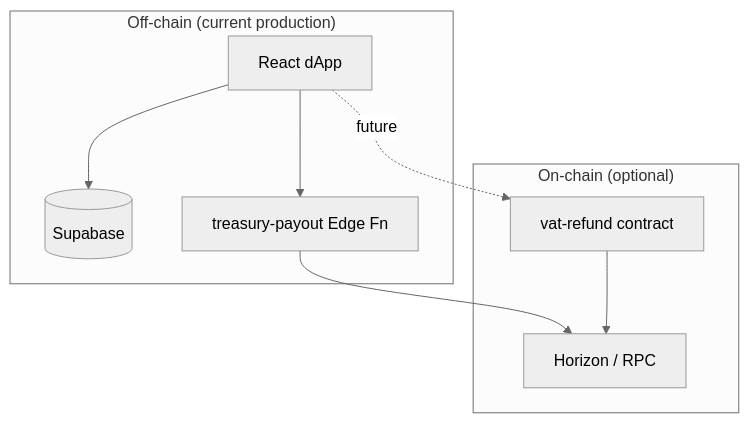
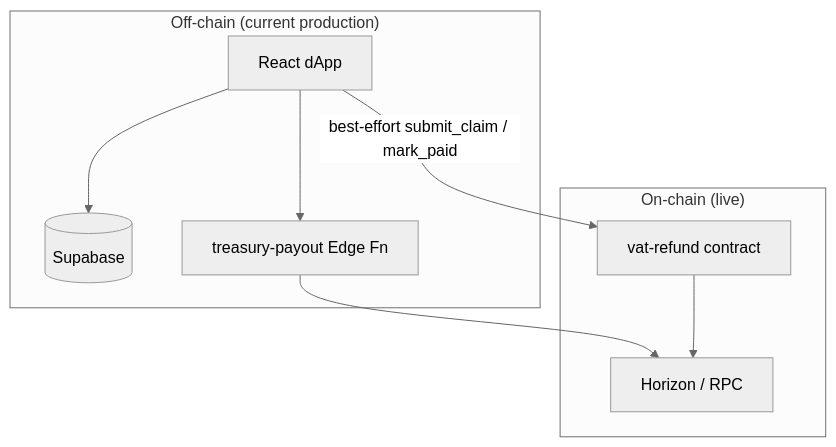
Before and after one commit to AmaanSayyad/Gemetra-XLM: the first of 4 diagrams in contracts/README.md, drawn with Mermaid (neutral theme). The commit also changed other lines of this file and 14 other files, not shown here.

````diff
--- a/contracts/README.md
+++ b/contracts/README.md
@@ -7,17 +7,17 @@
 ```mermaid
 flowchart TB
     subgraph OffChain["Off-chain (current production)"]
         App[React dApp]
         SB[(Supabase)]
         EF[treasury-payout Edge Fn]
     end
-    subgraph OnChain["On-chain (optional)"]
+    subgraph OnChain["On-chain (live)"]
         SC[vat-refund contract]
         H[Horizon / RPC]
     end
     App --> SB
     App --> EF
     EF --> H
-    App -.->|future| SC
+    App -->|best-effort submit_claim / mark_paid| SC
     SC --> H
 ```
````
